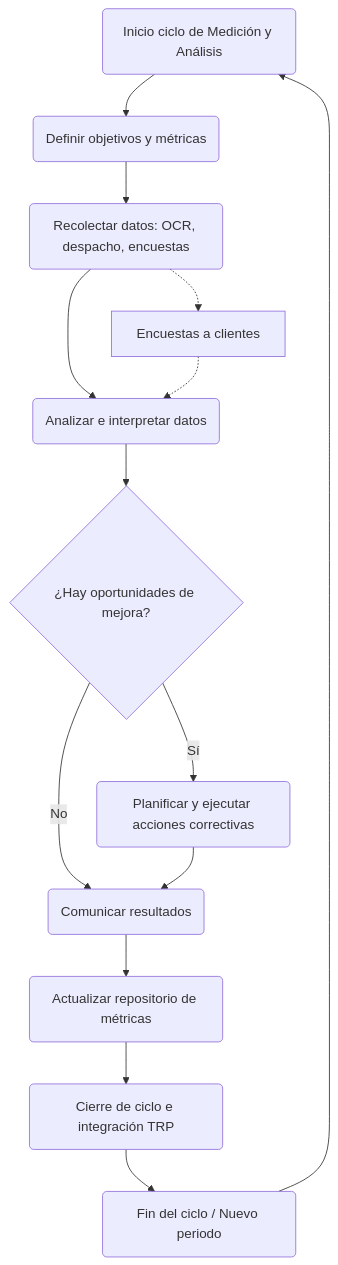
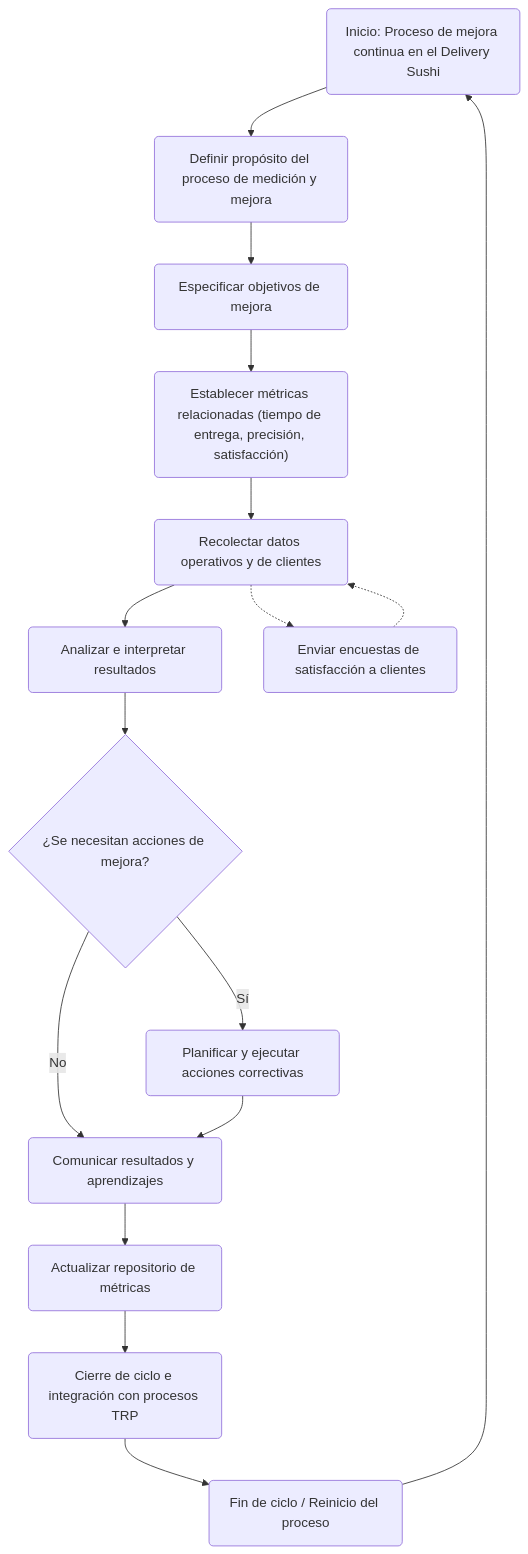
Before and after one commit to titoruizh/Sushi: the diagram in README.md, drawn with Mermaid.

````diff
--- a/README.md
+++ b/README.md
@@ -3,29 +3,33 @@
 ```mermaid
 flowchart TD
-    A(Inicio ciclo de Medición y Análisis)
-    B(Definir objetivos y métricas)
-    C(Recolectar datos: OCR, despacho, encuestas)
-    D(Analizar e interpretar datos)
-    E{¿Hay oportunidades de mejora?}
-    F(Planificar y ejecutar acciones correctivas)
-    G(Comunicar resultados)
-    H(Actualizar repositorio de métricas)
-    I(Cierre de ciclo e integración TRP)
-    J(Fin del ciclo / Nuevo periodo)
+    A("Inicio: Proceso de mejora continua en el Delivery Sushi")
+    B("Definir propósito del proceso de medición y mejora")
+    C("Especificar objetivos de mejora")
+    D("Establecer métricas relacionadas (tiempo de entrega, precisión, satisfacción)")
+    E("Recolectar datos operativos y de clientes")
+    F("Analizar e interpretar resultados")
+    G{"¿Se necesitan acciones de mejora?"}
+    H("Planificar y ejecutar acciones correctivas")
+    I("Comunicar resultados y aprendizajes")
+    J("Actualizar repositorio de métricas")
+    K("Cierre de ciclo e integración con procesos TRP")
+    L("Fin de ciclo / Reinicio del proceso")
 
     A --> B
     B --> C
     C --> D
     D --> E
-    E -- Sí --> F
-    E -- No --> G
+    E --> F
     F --> G
-    G --> H
+    G -- Sí --> H
+    G -- No --> I
     H --> I
     I --> J
-    J --> A
+    J --> K
+    K --> L
+    L --> A
 
     %% Flujos externos (cliente)
-    C -.-> K[Encuestas a clientes]
-    K -.-> D
+    E -.-> M("Enviar encuestas de satisfacción a clientes")
+    M -.-> E
 ```
````
